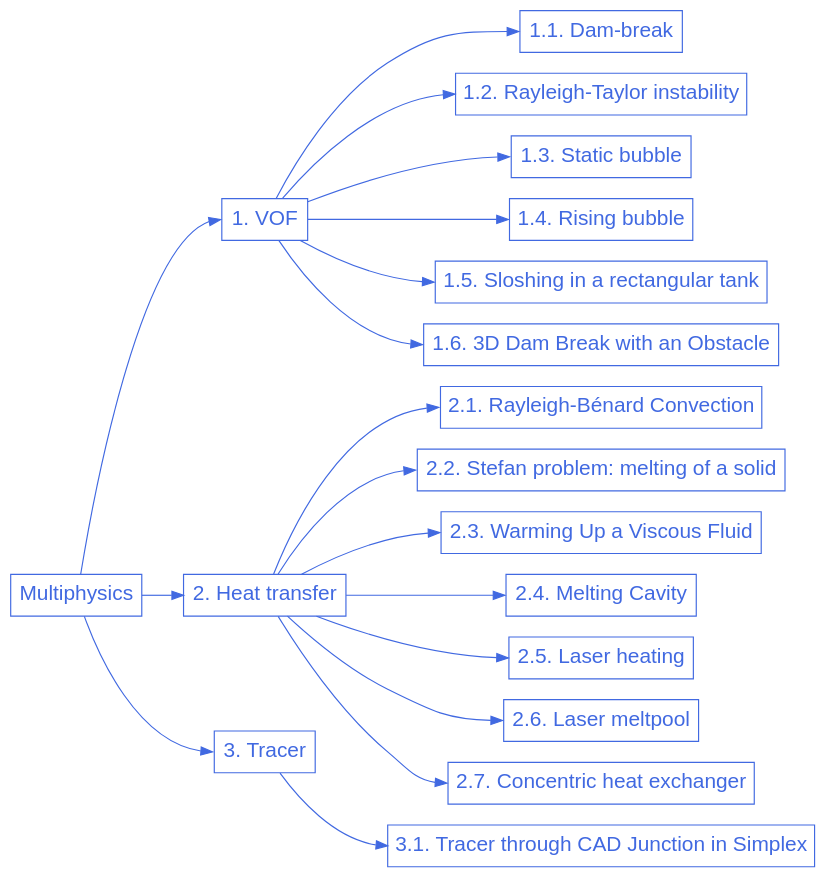
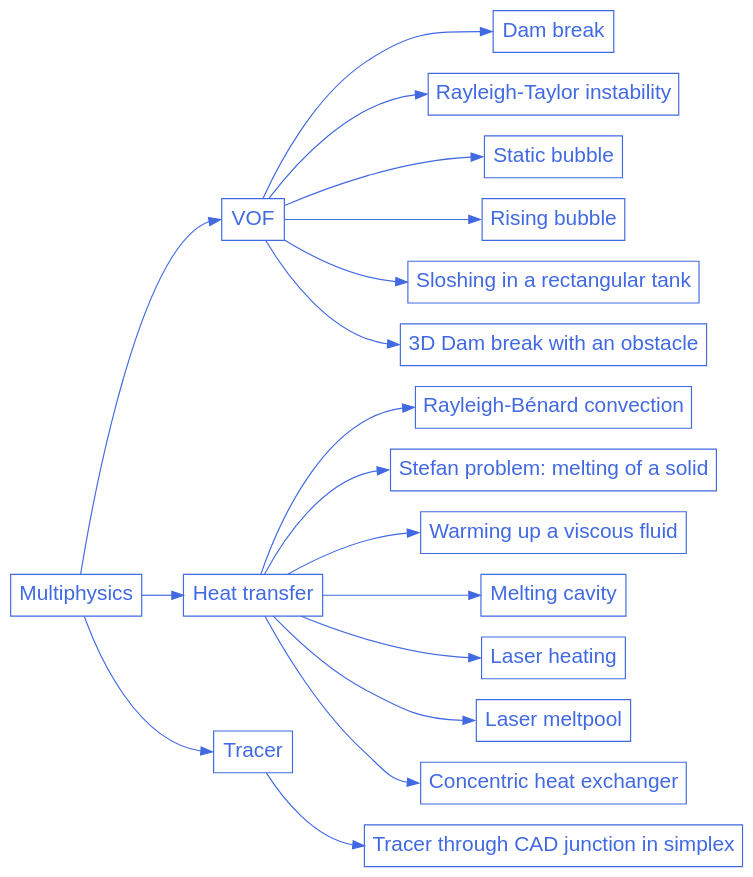
One commit to chaos-polymtl/lethe changed the diagram in doc/source/examples/multiphysics/multiphysics.rst. Above: the diagram before and after it, drawn with Graphviz. The commit also changed other lines of this file and 5 other files, not shown here.

Commit message:
Remove numbers and fix titles in graphs

```diff
--- a/doc/source/examples/multiphysics/multiphysics.rst
+++ b/doc/source/examples/multiphysics/multiphysics.rst
@@ -15,66 +14,66 @@
 .. graphviz:: 
 
     digraph multiphysics_diagram {
       graph [bgcolor="transparent", align=true];
       node [fontname=Arial, fontsize=18, shape=box, fontcolor=royalblue, color=royalblue];
       edge [color=royalblue];
       rankdir="LR";
       size = "9,9";
       
       multiphysics [label="Multiphysics", href="https://lethe-cfd.github.io/lethe/examples/multiphysics/multiphysics.html"];
 
-      multiphysics_1 [label="1. VOF", href="https://lethe-cfd.github.io/lethe/examples/multiphysics/vof.html"];  
+      multiphysics_1 [label="VOF", href="https://lethe-cfd.github.io/lethe/examples/multiphysics/vof.html"];  
 
-      multiphysics_1_1 [label="1.1. Dam-break", href="https://lethe-cfd.github.io/lethe/examples/multiphysics/dam-break/dam-break.html"];  
+      multiphysics_1_1 [label="Dam break", href="https://lethe-cfd.github.io/lethe/examples/multiphysics/dam-break/dam-break.html"];  
 
-      multiphysics_1_2 [label="1.2. Rayleigh-Taylor instability", href="https://lethe-cfd.github.io/lethe/examples/multiphysics/rayleigh-taylor-instability/rayleigh-taylor-instability.html"];  
+      multiphysics_1_2 [label="Rayleigh-Taylor instability", href="https://lethe-cfd.github.io/lethe/examples/multiphysics/rayleigh-taylor-instability/rayleigh-taylor-instability.html"];  
 
-      multiphysics_1_3 [label="1.3. Static bubble", href="https://lethe-cfd.github.io/lethe/examples/multiphysics/static-bubble/static-bubble.html"];  
+      multiphysics_1_3 [label="Static bubble", href="https://lethe-cfd.github.io/lethe/examples/multiphysics/static-bubble/static-bubble.html"];  
 
-      multiphysics_1_4 [label="1.4. Rising bubble", href="https://lethe-cfd.github.io/lethe/examples/multiphysics/rising-bubble/rising-bubble.html"];  
+      multiphysics_1_4 [label="Rising bubble", href="https://lethe-cfd.github.io/lethe/examples/multiphysics/rising-bubble/rising-bubble.html"];  
 
-      multiphysics_1_5 [label="1.5. Sloshing in a rectangular tank", href="https://lethe-cfd.github.io/lethe/examples/multiphysics/sloshing-in-rectangular-tank/sloshing-in-rectangular-tank.html"];  
+      multiphysics_1_5 [label="Sloshing in a rectangular tank", href="https://lethe-cfd.github.io/lethe/examples/multiphysics/sloshing-in-rectangular-tank/sloshing-in-rectangular-tank.html"];  
 
-      multiphysics_1_6 [label="1.6. 3D Dam Break with an Obstacle", href="https://lethe-cfd.github.io/lethe/examples/multiphysics/3d-dam-break/3d-dam-break.html"];  
+      multiphysics_1_6 [label="3D Dam break with an obstacle", href="https://lethe-cfd.github.io/lethe/examples/multiphysics/3d-dam-break/3d-dam-break.html"];  
 
-      multiphysics_2 [label="2. Heat transfer", href="https://lethe-cfd.github.io/lethe/examples/multiphysics/heat-transfer.html"];  
+      multiphysics_2 [label="Heat transfer", href="https://lethe-cfd.github.io/lethe/examples/multiphysics/heat-transfer.html"];  
 
-      multiphysics_2_1 [label="2.1. Rayleigh-Bénard Convection", href="https://lethe-cfd.github.io/lethe/examples/multiphysics/rayleigh-benard-convection/rayleigh-benard-convection.html"]; 
+      multiphysics_2_1 [label="Rayleigh-Bénard convection", href="https://lethe-cfd.github.io/lethe/examples/multiphysics/rayleigh-benard-convection/rayleigh-benard-convection.html"]; 
 
-      multiphysics_2_2 [label="2.2. Stefan problem: melting of a solid", href="https://lethe-cfd.github.io/lethe/examples/multiphysics/stefan-problem/stefan-problem.html"]; 
+      multiphysics_2_2 [label="Stefan problem: melting of a solid", href="https://lethe-cfd.github.io/lethe/examples/multiphysics/stefan-problem/stefan-problem.html"]; 
 
-      multiphysics_2_3 [label="2.3. Warming Up a Viscous Fluid", href="https://lethe-cfd.github.io/lethe/examples/multiphysics/warming-up-a-viscous-fluid/warming-up-a-viscous-fluid.html"]; 
+      multiphysics_2_3 [label="Warming up a viscous fluid", href="https://lethe-cfd.github.io/lethe/examples/multiphysics/warming-up-a-viscous-fluid/warming-up-a-viscous-fluid.html"]; 
 
-      multiphysics_2_4 [label="2.4. Melting Cavity", href="https://lethe-cfd.github.io/lethe/examples/multiphysics/melting-cavity/melting-cavity.html"]; 
+      multiphysics_2_4 [label="Melting cavity", href="https://lethe-cfd.github.io/lethe/examples/multiphysics/melting-cavity/melting-cavity.html"]; 
 
-      multiphysics_2_5 [label="2.5. Laser heating", href="https://lethe-cfd.github.io/lethe/examples/multiphysics/laser-heating/laser-heating.html"]; 
+      multiphysics_2_5 [label="Laser heating", href="https://lethe-cfd.github.io/lethe/examples/multiphysics/laser-heating/laser-heating.html"]; 
 
-      multiphysics_2_6 [label="2.6. Laser meltpool", href="https://lethe-cfd.github.io/lethe/examples/multiphysics/laser-meltpool/laser-meltpool.html"]; 
+      multiphysics_2_6 [label="Laser meltpool", href="https://lethe-cfd.github.io/lethe/examples/multiphysics/laser-meltpool/laser-meltpool.html"]; 
 
-      multiphysics_2_7 [label="2.7. Concentric heat exchanger", href="https://lethe-cfd.github.io/lethe/examples/multiphysics/concentric-heat-exchanger/concentric-heat-exchanger.html"]; 
+      multiphysics_2_7 [label="Concentric heat exchanger", href="https://lethe-cfd.github.io/lethe/examples/multiphysics/concentric-heat-exchanger/concentric-heat-exchanger.html"]; 
 
-      multiphysics_3 [label="3. Tracer", href="https://lethe-cfd.github.io/lethe/examples/multiphysics/tracer.html"];  
+      multiphysics_3 [label="Tracer", href="https://lethe-cfd.github.io/lethe/examples/multiphysics/tracer.html"];  
 
-      multiphysics_3_1 [label="3.1. Tracer through CAD Junction in Simplex", href="https://lethe-cfd.github.io/lethe/examples/multiphysics/tracer-through-cad-junction/tracer-through-cad-junction.html"]; 
+      multiphysics_3_1 [label="Tracer through CAD junction in simplex", href="https://lethe-cfd.github.io/lethe/examples/multiphysics/tracer-through-cad-junction/tracer-through-cad-junction.html"]; 
 
       multiphysics -> multiphysics_1:w;
       multiphysics -> multiphysics_2:w;
       multiphysics -> multiphysics_3:w;
 
       multiphysics_1 -> multiphysics_1_1:w;
       multiphysics_1 -> multiphysics_1_2:w;
       multiphysics_1 -> multiphysics_1_3:w;
       multiphysics_1 -> multiphysics_1_4:w;
       multiphysics_1 -> multiphysics_1_5:w;
       multiphysics_1 -> multiphysics_1_6:w;
 
       multiphysics_2 -> multiphysics_2_1:w;
       multiphysics_2 -> multiphysics_2_2:w;
       multiphysics_2 -> multiphysics_2_3:w;
       multiphysics_2 -> multiphysics_2_4:w;
       multiphysics_2 -> multiphysics_2_5:w;
       multiphysics_2 -> multiphysics_2_6:w;
       multiphysics_2 -> multiphysics_2_7:w;
 
       multiphysics_3 -> multiphysics_3_1:w;
     }
```
